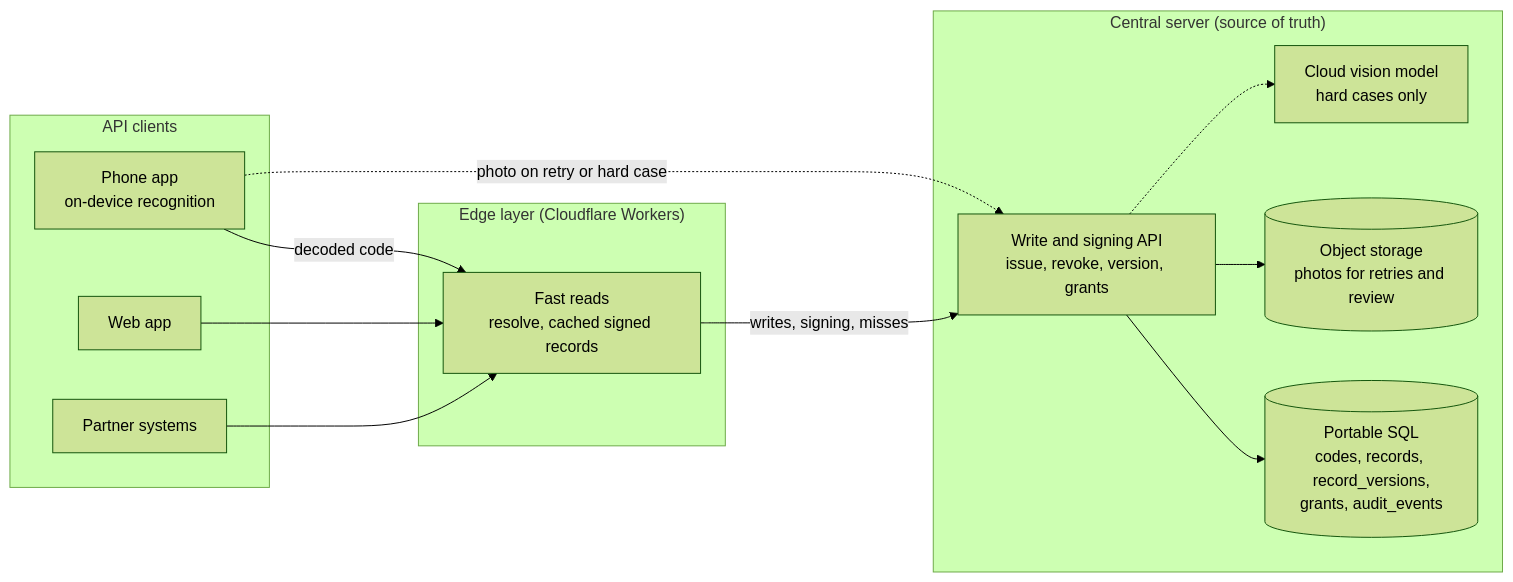
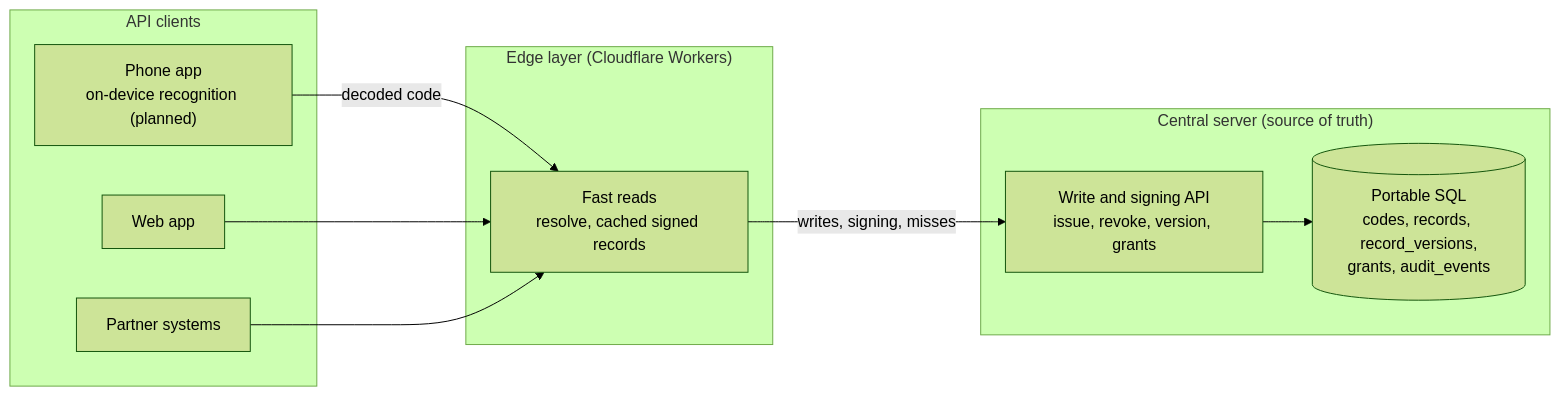
The diagram in README.md (Zero-State-LLC/zzthis), drawn with Mermaid (forest theme) before and after one commit. The commit also changed other lines of this file, not shown here.

````diff
--- a/README.md
+++ b/README.md
@@ -157,25 +157,20 @@
 ```mermaid
 flowchart LR
   subgraph Clients["API clients"]
-    Phone["Phone app<br/>on-device recognition"]
+    Phone["Phone app<br/>on-device recognition (planned)"]
     Web["Web app"]
     Partner["Partner systems"]
   end
   subgraph Edge["Edge layer (Cloudflare Workers)"]
     Read["Fast reads<br/>resolve, cached signed records"]
   end
   subgraph Core["Central server (source of truth)"]
     API["Write and signing API<br/>issue, revoke, version, grants"]
     DB[("Portable SQL<br/>codes, records, record_versions,<br/>grants, audit_events")]
-    Blob[("Object storage<br/>photos for retries and review")]
-    Vision["Cloud vision model<br/>hard cases only"]
   end
   Phone -->|"decoded code"| Read
   Web --> Read
   Partner --> Read
   Read -->|"writes, signing, misses"| API
   API --> DB
-  API --> Blob
-  Phone -.->|"photo on retry or hard case"| API
-  API -.-> Vision
 ```
````
